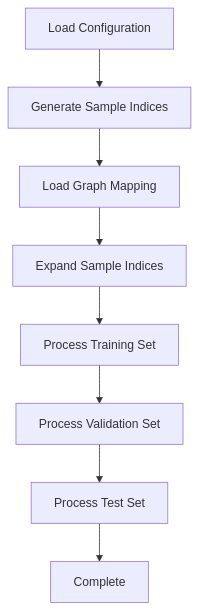
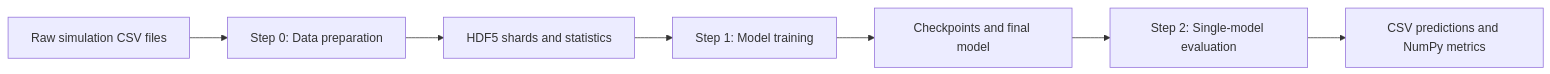
The diagram in task/passive_biv/README.md (normal-code-life/physical_gnn), drawn with Mermaid before and after one commit. The commit also changed other lines of this file and 79 other files, not shown here.

````diff
--- a/task/passive_biv/README.md
+++ b/task/passive_biv/README.md
@@ -51,10 +13,9 @@
 ```mermaid
-graph TD
-    A[Load Configuration] --> B[Generate Sample Indices]
-    B --> C[Load Graph Mapping]
-    C --> D[Expand Sample Indices]
-    D --> E[Process Training Set]
-    E --> F[Process Validation Set]
-    F --> G[Process Test Set]
-    G --> H[Complete]
+flowchart LR
+    A[Raw simulation CSV files] --> B[Step 0: Data preparation]
+    B --> C[HDF5 shards and statistics]
+    C --> D[Step 1: Model training]
+    D --> E[Checkpoints and final model]
+    E --> F[Step 2: Single-model evaluation]
+    F --> G[CSV predictions and NumPy metrics]
 ```
````
